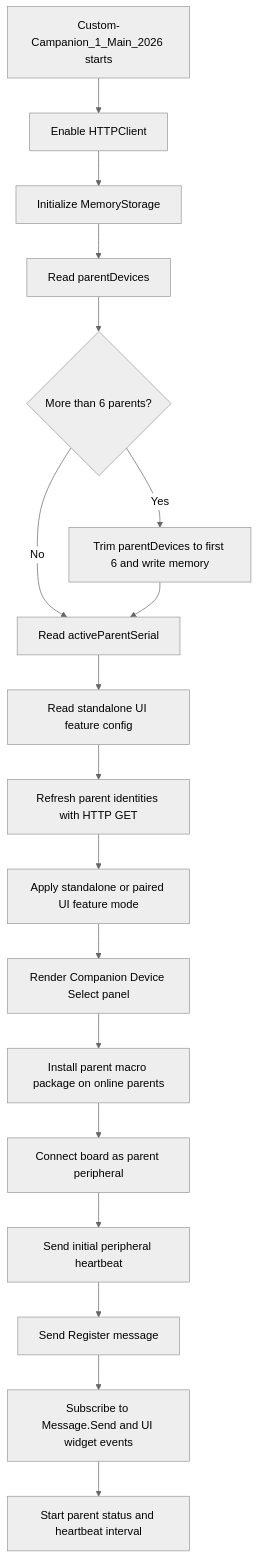
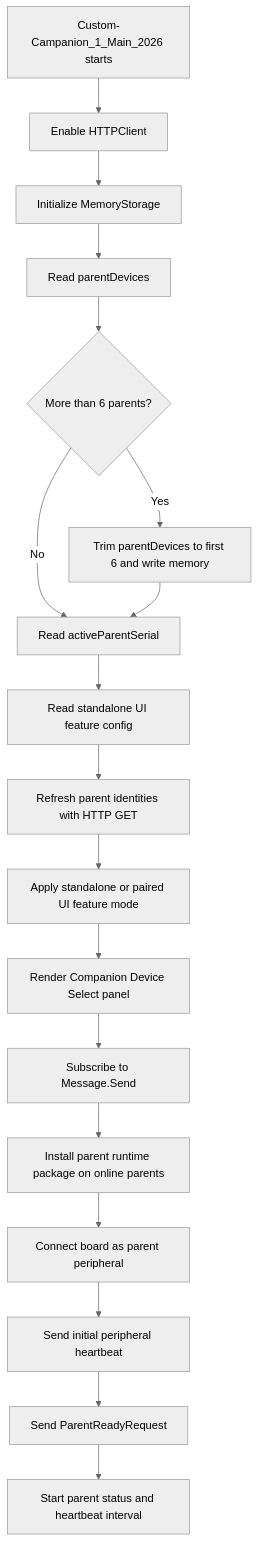
Before and after one commit to ctg-tme/Custom_Companion_2026: the first of 7 diagrams in README.md, drawn with Mermaid (neutral theme). The commit also changed other lines of this file and 5 other files, not shown here.

Commit message:
Move parent config to message sync

````diff
--- a/README.md
+++ b/README.md
@@ -26,20 +26,20 @@
 ```mermaid
 flowchart TD
 	A[Custom-Campanion_1_Main_2026 starts] --> B[Enable HTTPClient]
 	B --> C[Initialize MemoryStorage]
 	C --> D[Read parentDevices]
 	D --> E{More than 6 parents?}
 	E -- Yes --> F[Trim parentDevices to first 6 and write memory]
 	E -- No --> G[Read activeParentSerial]
 	F --> G
 	G --> H[Read standalone UI feature config]
 	H --> I[Refresh parent identities with HTTP GET]
 	I --> J[Apply standalone or paired UI feature mode]
 	J --> K[Render Companion Device Select panel]
-	K --> L[Install parent macro package on online parents]
-	L --> M[Connect board as parent peripheral]
-	M --> N[Send initial peripheral heartbeat]
-	N --> O[Send Register message]
-	O --> P[Subscribe to Message.Send and UI widget events]
+	K --> L[Subscribe to Message.Send]
+	L --> M[Install parent runtime package on online parents]
+	M --> N[Connect board as parent peripheral]
+	N --> O[Send initial peripheral heartbeat]
+	O --> P[Send ParentReadyRequest]
 	P --> Q[Start parent status and heartbeat interval]
 ```
````
